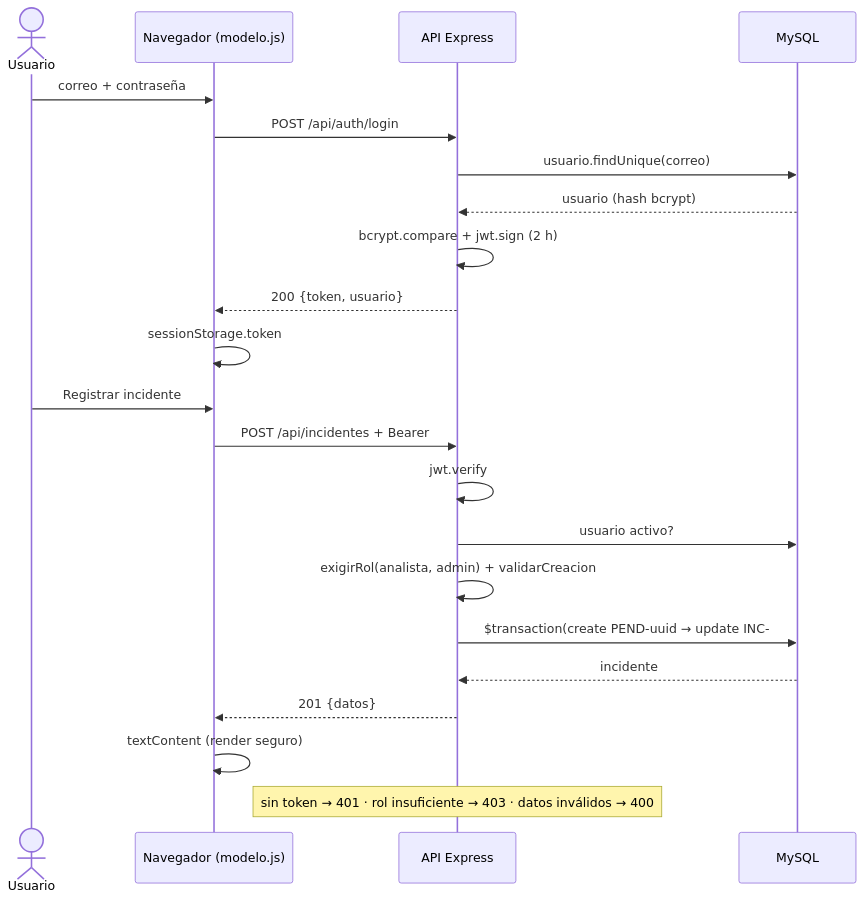
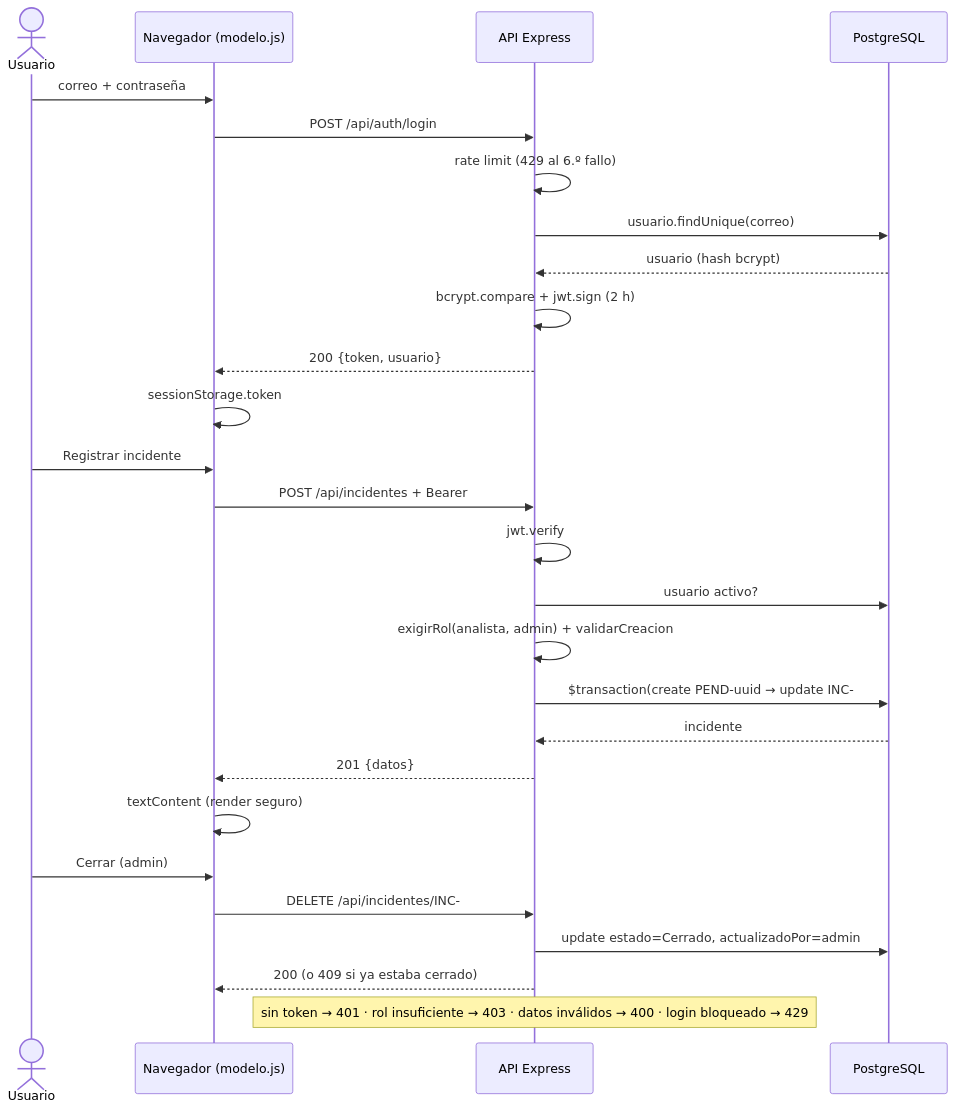
The second of 2 diagrams in SEMANA 8/DOCUMENTACION_TECNICA.md (Alejandro-Carriel-Z/Desarrollo-en-plataforma), drawn with Mermaid before and after one commit. The commit also changed other lines of this file and 38 other files, not shown here.

Commit message:
feat(semana-8): migracion a PostgreSQL y despliegue en Render (render.yaml); rate limiting del login, borrado logico con auditoria, selector de estado, edicion PUT y detalle real en la UI; pruebas y documentacion actualizadas; sin credenciales

````diff
--- a/SEMANA 8/DOCUMENTACION_TECNICA.md
+++ b/SEMANA 8/DOCUMENTACION_TECNICA.md
@@ -67,24 +67,29 @@
 ```mermaid
 sequenceDiagram
     actor U as Usuario
     participant W as Navegador (modelo.js)
     participant A as API Express
-    participant DB as MySQL
+    participant DB as PostgreSQL
     U->>W: correo + contraseña
     W->>A: POST /api/auth/login
+    A->>A: rate limit (429 al 6.º fallo)
     A->>DB: usuario.findUnique(correo)
     DB-->>A: usuario (hash bcrypt)
     A->>A: bcrypt.compare + jwt.sign (2 h)
     A-->>W: 200 {token, usuario}
     W->>W: sessionStorage.token
     U->>W: Registrar incidente
     W->>A: POST /api/incidentes + Bearer
     A->>A: jwt.verify
     A->>DB: usuario activo?
     A->>A: exigirRol(analista, admin) + validarCreacion
     A->>DB: $transaction(create PEND-uuid → update INC-###)
     DB-->>A: incidente
     A-->>W: 201 {datos}
     W->>W: textContent (render seguro)
-    Note over A: sin token → 401 · rol insuficiente → 403 · datos inválidos → 400
+    U->>W: Cerrar (admin)
+    W->>A: DELETE /api/incidentes/INC-### + Bearer
+    A->>DB: update estado=Cerrado, actualizadoPor=admin
+    A-->>W: 200 (o 409 si ya estaba cerrado)
+    Note over A: sin token → 401 · rol insuficiente → 403 · datos inválidos → 400 · login bloqueado → 429
 ```
````
